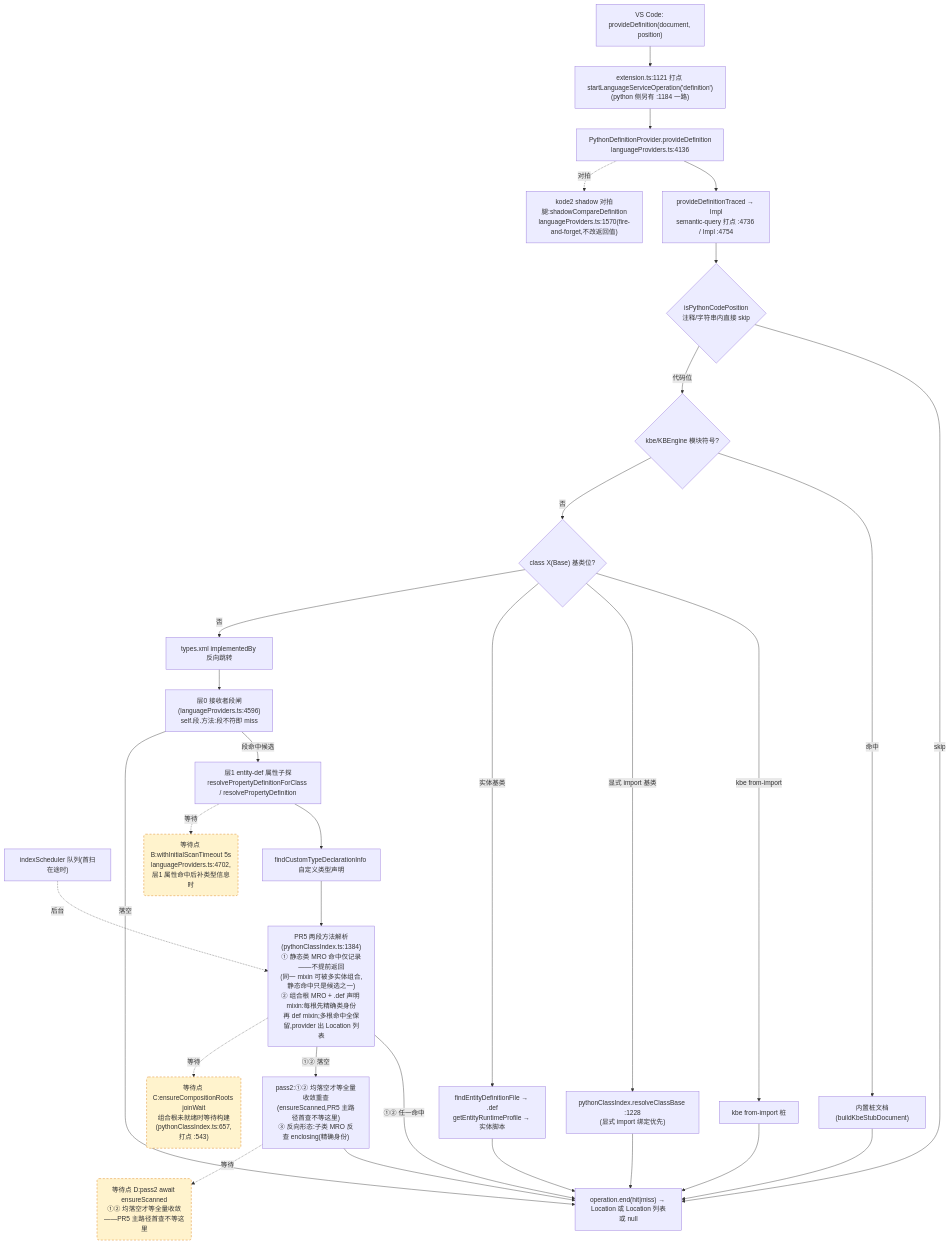
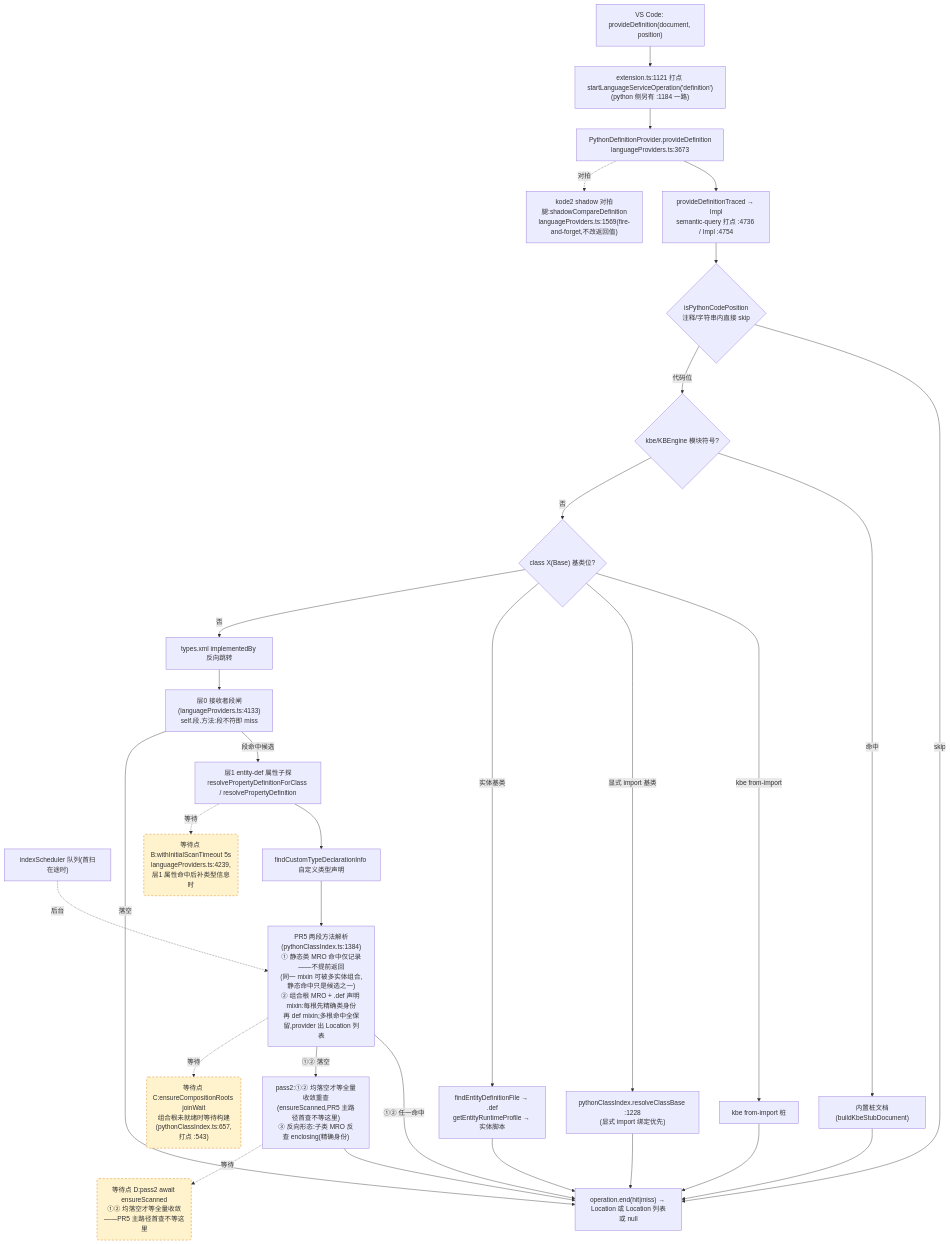
Before and after one commit to cuihairu/kode: the second of 4 diagrams in docs/perf/2026-baseline.md, drawn with Mermaid. The commit also changed other lines of this file and 3 other files, not shown here.

First line of the commit message:
refactor(arch): KODE-ARCH-001 step 2 — extract languageProviders/validation (pure move)

````diff
--- a/docs/perf/2026-baseline.md
+++ b/docs/perf/2026-baseline.md
@@ -130,51 +130,51 @@
 ```mermaid
 flowchart TD
   VC2["VS Code: provideDefinition(document, position)"]
   M2["extension.ts:1121 打点 startLanguageServiceOperation('definition')<br/>(python 侧另有 :1184 一路)"]
-  AD2["PythonDefinitionProvider.provideDefinition<br/>languageProviders.ts:4136"]
+  AD2["PythonDefinitionProvider.provideDefinition<br/>languageProviders.ts:3673"]
   TR["provideDefinitionTraced → Impl<br/>semantic-query 打点 :4736 / Impl :4754"]
   CTX{"isPythonCodePosition<br/>注释/字符串内直接 skip"}
   KBE{"kbe/KBEngine 模块符号?"}
   STUB["内置桩文档(buildKbeStubDocument)"]
   CB{"class X(Base) 基类位?"}
   CB1["kbe from-import 桩"]
   CB2["pythonClassIndex.resolveClassBase :1228<br/>(显式 import 绑定优先)"]
   CB3["findEntityDefinitionFile → .def<br/>getEntityRuntimeProfile → 实体脚本"]
   REV["types.xml implementedBy 反向跳转"]
-  L0["层0 接收者段闸(languageProviders.ts:4596)<br/>self.段.方法:段不符即 miss"]
+  L0["层0 接收者段闸(languageProviders.ts:4133)<br/>self.段.方法:段不符即 miss"]
   L1["层1 entity-def 属性子探<br/>resolvePropertyDefinitionForClass / resolvePropertyDefinition"]
   SCAN["indexScheduler 队列(首扫在途时)"]
   TY["findCustomTypeDeclarationInfo 自定义类型声明"]
   MRO["PR5 两段方法解析(pythonClassIndex.ts:1384)<br/>① 静态类 MRO 命中仅记录——不提前返回<br/>(同一 mixin 可被多实体组合,静态命中只是候选之一)<br/>② 组合根 MRO + .def 声明 mixin:每根先精确类身份<br/>再 def mixin;多根命中全保留,provider 出 Location 列表"]
   PASS2["pass2:①② 均落空才等全量收敛重查<br/>(ensureScanned,PR5 主路径首查不等这里)<br/>③ 反向形态:子类 MRO 反查 enclosing(精确身份)"]
-  SHD["kode2 shadow 对拍腿:shadowCompareDefinition<br/>languageProviders.ts:1570(fire-and-forget,不改返回值)"]
+  SHD["kode2 shadow 对拍腿:shadowCompareDefinition<br/>languageProviders.ts:1569(fire-and-forget,不改返回值)"]
   END2["operation.end(hit|miss) → Location 或 Location 列表或 null"]
 
   VC2 --> M2 --> AD2 --> TR --> CTX
   CTX -- "skip" --> END2
   CTX -- "代码位" --> KBE
   KBE -- "命中" --> STUB --> END2
   KBE -- "否" --> CB
   CB -- "kbe from-import" --> CB1 --> END2
   CB -- "显式 import 基类" --> CB2 --> END2
   CB -- "实体基类" --> CB3 --> END2
   CB -- "否" --> REV --> L0
   L0 -- "段命中候选" --> L1
   L0 -- "落空" --> END2
   L1 --> TY
   TY --> MRO
   MRO -- "①② 任一命中" --> END2
   MRO -- "①② 落空" --> PASS2 --> END2
   AD2 -.->|对拍| SHD
 
-  WAITB("等待点 B:withInitialScanTimeout 5s<br/>languageProviders.ts:4702,层1 属性命中后补类型信息时")
+  WAITB("等待点 B:withInitialScanTimeout 5s<br/>languageProviders.ts:4239,层1 属性命中后补类型信息时")
   WAITC("等待点 C:ensureCompositionRoots joinWait<br/>组合根未就绪时等待构建(pythonClassIndex.ts:657,打点 :543)")
   WAITD("等待点 D:pass2 await ensureScanned<br/>①② 均落空才等全量收敛——PR5 主路径首查不等这里")
   L1 -.->|等待| WAITB
   MRO -.->|等待| WAITC
   PASS2 -.->|等待| WAITD
   SCAN -.->|后台| MRO
 
   classDef waitPoint fill:#fff3cd,stroke:#d97706,stroke-dasharray:5 4;
   class WAITB,WAITC,WAITD waitPoint;
 ```
````
